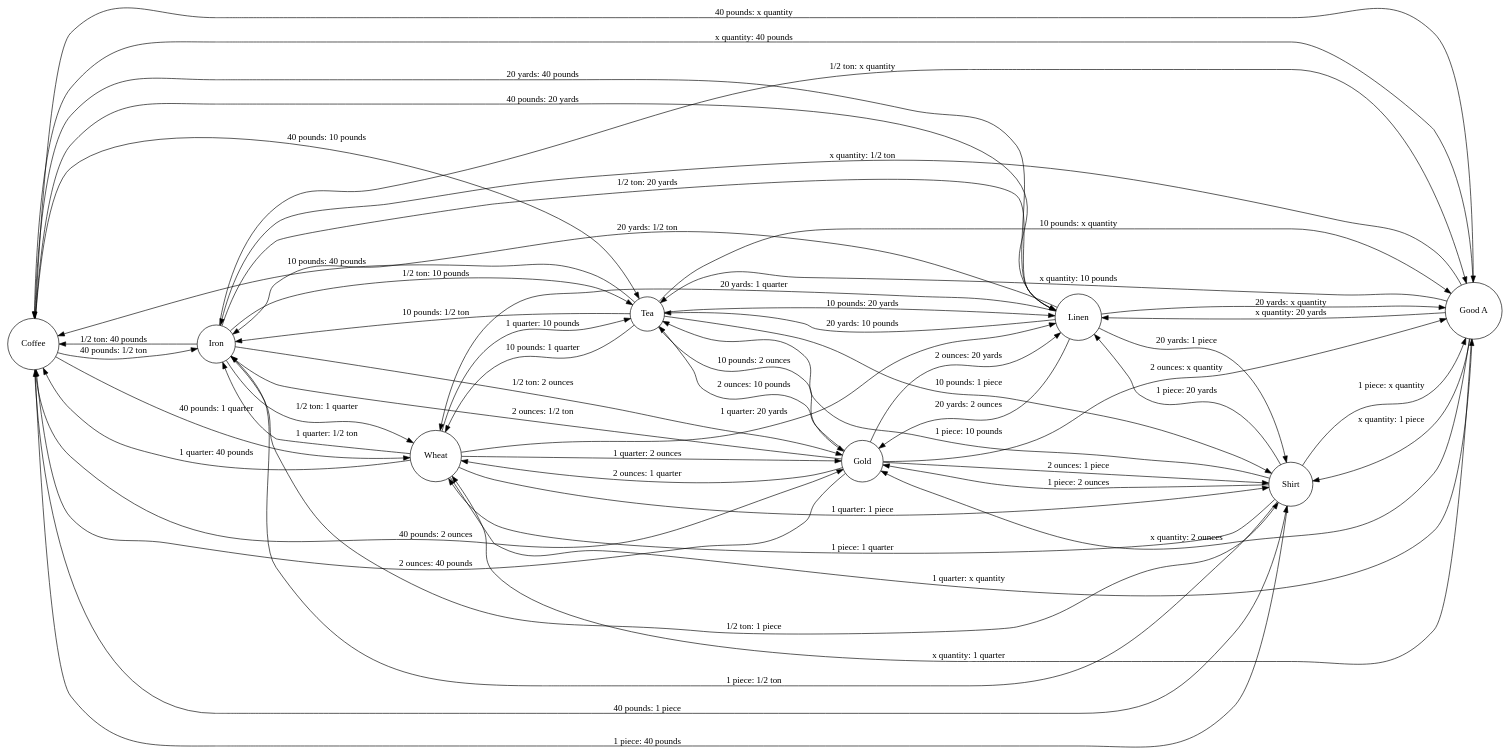
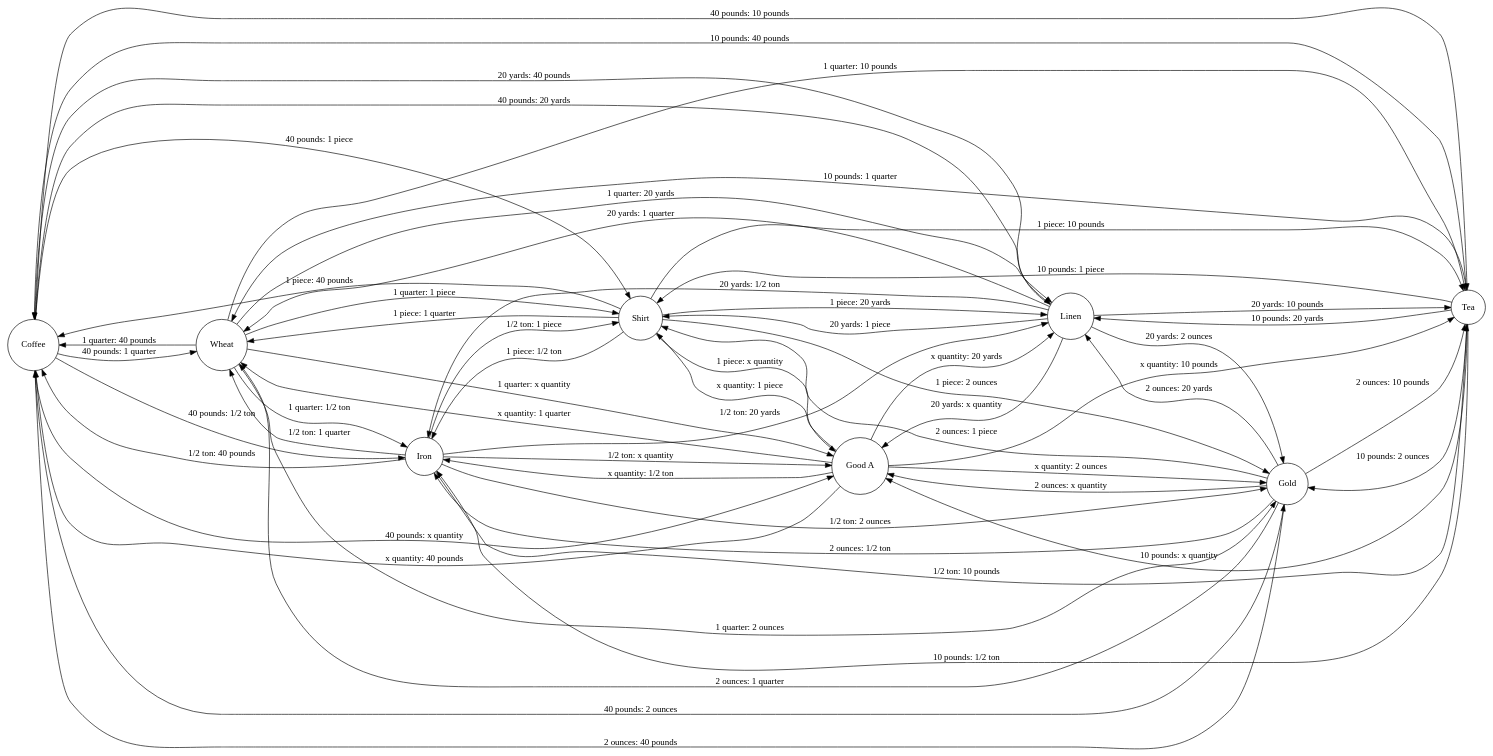
The diagram in 资本的生产过程/价值形式理论/价值形式/datas_graphs_generated/money_complete.dot (Wangsutan/Kapital), drawn with Graphviz before and after one commit. The commit also changed other lines of this file and 567 other files, not shown here.

```diff
--- a/资本的生产过程/价值形式理论/价值形式/datas_graphs_generated/money_complete.dot
+++ b/资本的生产过程/价值形式理论/价值形式/datas_graphs_generated/money_complete.dot
@@ -1,60 +1,60 @@
 digraph 价值形式理论 {
     rankdir=LR;
     node [shape=circle];
-    "Coffee" -> "Iron" [label="40 pounds: 1/2 ton"];
+    "Coffee" -> "Wheat" [label="40 pounds: 1 quarter"];
+    "Coffee" -> "Tea" [label="40 pounds: 10 pounds"];
+    "Coffee" -> "Gold" [label="40 pounds: 2 ounces"];
+    "Coffee" -> "Linen" [label="40 pounds: 20 yards"];
     "Coffee" -> "Good A" [label="40 pounds: x quantity"];
     "Coffee" -> "Shirt" [label="40 pounds: 1 piece"];
-    "Coffee" -> "Linen" [label="40 pounds: 20 yards"];
-    "Coffee" -> "Gold" [label="40 pounds: 2 ounces"];
-    "Coffee" -> "Tea" [label="40 pounds: 10 pounds"];
-    "Coffee" -> "Wheat" [label="40 pounds: 1 quarter"];
-    "Gold" -> "Iron" [label="2 ounces: 1/2 ton"];
+    "Coffee" -> "Iron" [label="40 pounds: 1/2 ton"];
+    "Gold" -> "Wheat" [label="2 ounces: 1 quarter"];
+    "Gold" -> "Coffee" [label="2 ounces: 40 pounds"];
+    "Gold" -> "Tea" [label="2 ounces: 10 pounds"];
+    "Gold" -> "Linen" [label="2 ounces: 20 yards"];
     "Gold" -> "Good A" [label="2 ounces: x quantity"];
     "Gold" -> "Shirt" [label="2 ounces: 1 piece"];
-    "Gold" -> "Linen" [label="2 ounces: 20 yards"];
-    "Gold" -> "Coffee" [label="2 ounces: 40 pounds"];
-    "Gold" -> "Tea" [label="2 ounces: 10 pounds"];
-    "Gold" -> "Wheat" [label="2 ounces: 1 quarter"];
-    "Good A" -> "Iron" [label="x quantity: 1/2 ton"];
-    "Good A" -> "Shirt" [label="x quantity: 1 piece"];
-    "Good A" -> "Linen" [label="x quantity: 20 yards"];
-    "Good A" -> "Gold" [label="x quantity: 2 ounces"];
+    "Gold" -> "Iron" [label="2 ounces: 1/2 ton"];
+    "Good A" -> "Wheat" [label="x quantity: 1 quarter"];
     "Good A" -> "Coffee" [label="x quantity: 40 pounds"];
     "Good A" -> "Tea" [label="x quantity: 10 pounds"];
-    "Good A" -> "Wheat" [label="x quantity: 1 quarter"];
+    "Good A" -> "Gold" [label="x quantity: 2 ounces"];
+    "Good A" -> "Linen" [label="x quantity: 20 yards"];
+    "Good A" -> "Shirt" [label="x quantity: 1 piece"];
+    "Good A" -> "Iron" [label="x quantity: 1/2 ton"];
+    "Iron" -> "Wheat" [label="1/2 ton: 1 quarter"];
+    "Iron" -> "Coffee" [label="1/2 ton: 40 pounds"];
+    "Iron" -> "Tea" [label="1/2 ton: 10 pounds"];
+    "Iron" -> "Gold" [label="1/2 ton: 2 ounces"];
+    "Iron" -> "Linen" [label="1/2 ton: 20 yards"];
     "Iron" -> "Good A" [label="1/2 ton: x quantity"];
     "Iron" -> "Shirt" [label="1/2 ton: 1 piece"];
-    "Iron" -> "Linen" [label="1/2 ton: 20 yards"];
-    "Iron" -> "Gold" [label="1/2 ton: 2 ounces"];
-    "Iron" -> "Coffee" [label="1/2 ton: 40 pounds"];
-    "Iron" -> "Tea" [label="1/2 ton: 10 pounds"];
-    "Iron" -> "Wheat" [label="1/2 ton: 1 quarter"];
-    "Linen" -> "Iron" [label="20 yards: 1/2 ton"];
+    "Linen" -> "Wheat" [label="20 yards: 1 quarter"];
+    "Linen" -> "Coffee" [label="20 yards: 40 pounds"];
+    "Linen" -> "Tea" [label="20 yards: 10 pounds"];
+    "Linen" -> "Gold" [label="20 yards: 2 ounces"];
     "Linen" -> "Good A" [label="20 yards: x quantity"];
     "Linen" -> "Shirt" [label="20 yards: 1 piece"];
-    "Linen" -> "Gold" [label="20 yards: 2 ounces"];
-    "Linen" -> "Coffee" [label="20 yards: 40 pounds"];
-    "Linen" -> "Tea" [label="20 yards: 10 pounds"];
-    "Linen" -> "Wheat" [label="20 yards: 1 quarter"];
-    "Shirt" -> "Iron" [label="1 piece: 1/2 ton"];
-    "Shirt" -> "Good A" [label="1 piece: x quantity"];
-    "Shirt" -> "Linen" [label="1 piece: 20 yards"];
-    "Shirt" -> "Gold" [label="1 piece: 2 ounces"];
+    "Linen" -> "Iron" [label="20 yards: 1/2 ton"];
+    "Shirt" -> "Wheat" [label="1 piece: 1 quarter"];
     "Shirt" -> "Coffee" [label="1 piece: 40 pounds"];
     "Shirt" -> "Tea" [label="1 piece: 10 pounds"];
-    "Shirt" -> "Wheat" [label="1 piece: 1 quarter"];
-    "Tea" -> "Iron" [label="10 pounds: 1/2 ton"];
+    "Shirt" -> "Gold" [label="1 piece: 2 ounces"];
+    "Shirt" -> "Linen" [label="1 piece: 20 yards"];
+    "Shirt" -> "Good A" [label="1 piece: x quantity"];
+    "Shirt" -> "Iron" [label="1 piece: 1/2 ton"];
+    "Tea" -> "Wheat" [label="10 pounds: 1 quarter"];
+    "Tea" -> "Coffee" [label="10 pounds: 40 pounds"];
+    "Tea" -> "Gold" [label="10 pounds: 2 ounces"];
+    "Tea" -> "Linen" [label="10 pounds: 20 yards"];
     "Tea" -> "Good A" [label="10 pounds: x quantity"];
     "Tea" -> "Shirt" [label="10 pounds: 1 piece"];
-    "Tea" -> "Linen" [label="10 pounds: 20 yards"];
-    "Tea" -> "Gold" [label="10 pounds: 2 ounces"];
-    "Tea" -> "Coffee" [label="10 pounds: 40 pounds"];
-    "Tea" -> "Wheat" [label="10 pounds: 1 quarter"];
-    "Wheat" -> "Iron" [label="1 quarter: 1/2 ton"];
+    "Tea" -> "Iron" [label="10 pounds: 1/2 ton"];
+    "Wheat" -> "Coffee" [label="1 quarter: 40 pounds"];
+    "Wheat" -> "Tea" [label="1 quarter: 10 pounds"];
+    "Wheat" -> "Gold" [label="1 quarter: 2 ounces"];
+    "Wheat" -> "Linen" [label="1 quarter: 20 yards"];
     "Wheat" -> "Good A" [label="1 quarter: x quantity"];
     "Wheat" -> "Shirt" [label="1 quarter: 1 piece"];
-    "Wheat" -> "Linen" [label="1 quarter: 20 yards"];
-    "Wheat" -> "Gold" [label="1 quarter: 2 ounces"];
-    "Wheat" -> "Coffee" [label="1 quarter: 40 pounds"];
-    "Wheat" -> "Tea" [label="1 quarter: 10 pounds"];
+    "Wheat" -> "Iron" [label="1 quarter: 1/2 ton"];
 }
```
